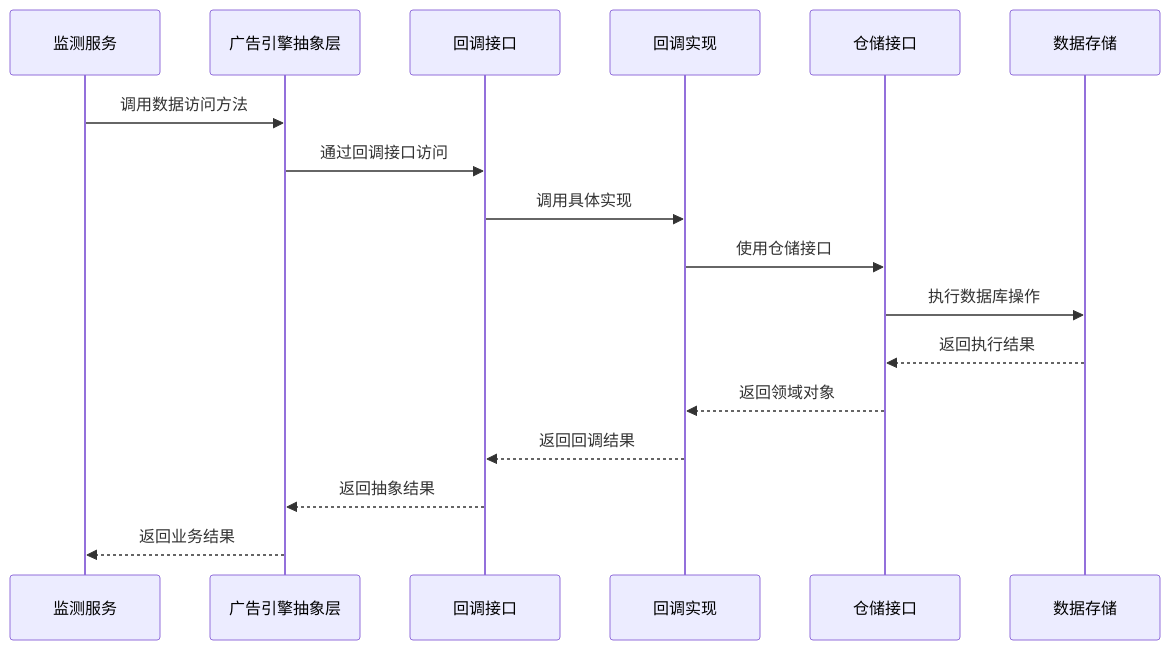
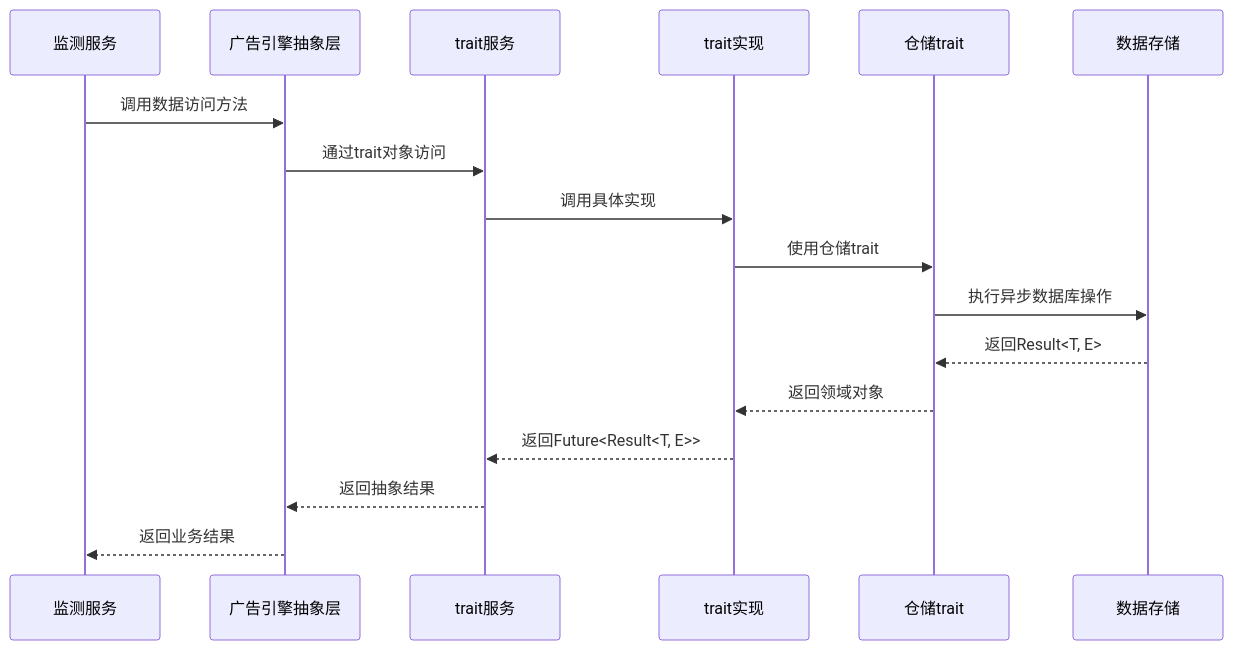
The second of 8 diagrams in docs_TecDesign/广告投放引擎/广告效果监测服务设计/广告效果监测服务数据访问层设计.md (lornshrimp/Lorn.ADSP.Rust), drawn with Mermaid before and after one commit. The commit also changed other lines of this file and 8 other files, not shown here.

````diff
--- a/docs_TecDesign/广告投放引擎/广告效果监测服务设计/广告效果监测服务数据访问层设计.md
+++ b/docs_TecDesign/广告投放引擎/广告效果监测服务设计/广告效果监测服务数据访问层设计.md
@@ -62,20 +62,20 @@
 ```mermaid
 sequenceDiagram
     participant MS as 监测服务
     participant AE as 广告引擎抽象层
-    participant CB as 回调接口
-    participant Impl as 回调实现
-    participant Repo as 仓储接口
+    participant TS as trait服务
+    participant Impl as trait实现
+    participant Repo as 仓储trait
     participant DB as 数据存储
     
     MS->>AE: 调用数据访问方法
-    AE->>CB: 通过回调接口访问
-    CB->>Impl: 调用具体实现
-    Impl->>Repo: 使用仓储接口
-    Repo->>DB: 执行数据库操作
-    DB-->>Repo: 返回执行结果
+    AE->>TS: 通过trait对象访问
+    TS->>Impl: 调用具体实现
+    Impl->>Repo: 使用仓储trait
+    Repo->>DB: 执行异步数据库操作
+    DB-->>Repo: 返回Result<T, E>
     Repo-->>Impl: 返回领域对象
-    Impl-->>CB: 返回回调结果
-    CB-->>AE: 返回抽象结果
+    Impl-->>TS: 返回Future<Result<T, E>>
+    TS-->>AE: 返回抽象结果
     AE-->>MS: 返回业务结果
 ```
````
